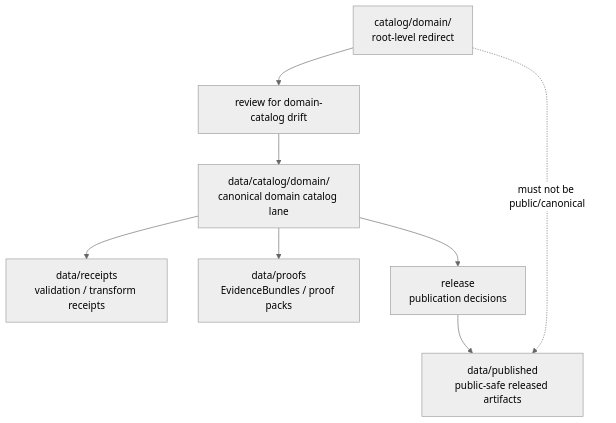
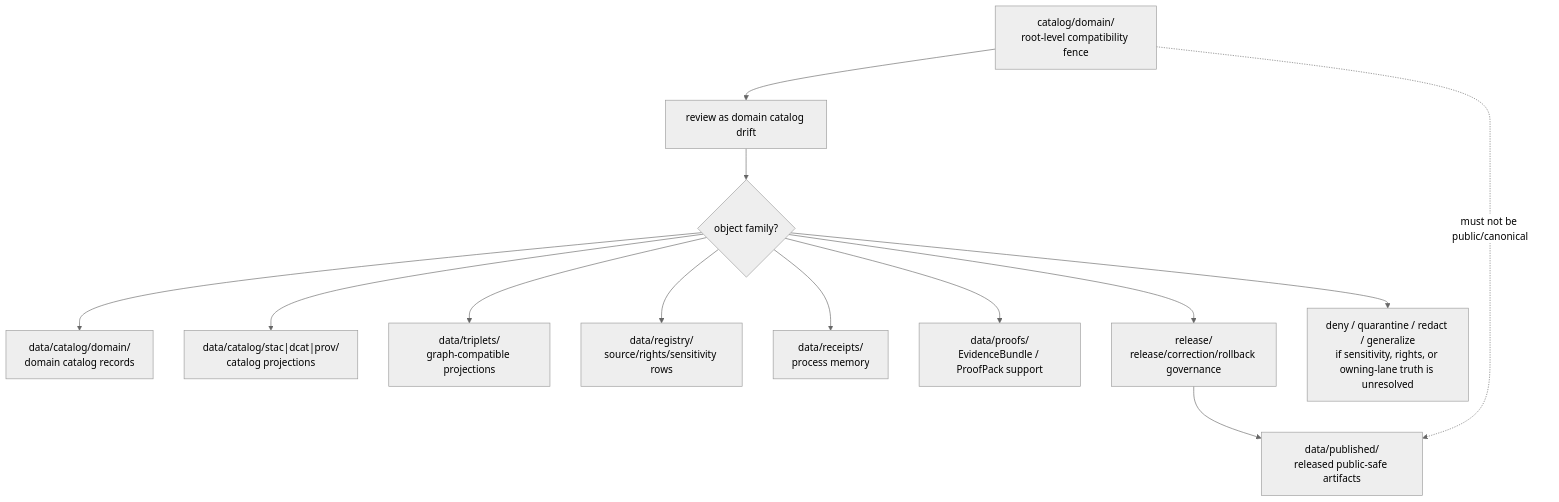
One commit to bartytime4life/Kansas-Frontier-Matrix changed the diagram in catalog/domain/README.md. Above: the diagram before and after it, drawn with Mermaid (neutral theme). The commit also changed other lines of this file, not shown here.

Commit message:
docs: update catalog domain redirect readme

````diff
--- a/catalog/domain/README.md
+++ b/catalog/domain/README.md
@@ -157,10 +353,15 @@
 ```mermaid
 flowchart TD
-    wrong["catalog/domain/\nroot-level redirect"] --> review["review for domain-catalog drift"]
-    review --> canonical["data/catalog/domain/\ncanonical domain catalog lane"]
-    canonical --> receipts["data/receipts\nvalidation / transform receipts"]
-    canonical --> proofs["data/proofs\nEvidenceBundles / proof packs"]
-    canonical --> release["release\npublication decisions"]
-    release --> published["data/published\npublic-safe released artifacts"]
+    wrong["catalog/domain/<br/>root-level compatibility fence"] --> review["review as domain catalog drift"]
+    review --> classify{"object family?"}
+    classify --> domain["data/catalog/domain/<br/>domain catalog records"]
+    classify --> stac["data/catalog/stac|dcat|prov/<br/>catalog projections"]
+    classify --> triplets["data/triplets/<br/>graph-compatible projections"]
+    classify --> registry["data/registry/<br/>source/rights/sensitivity rows"]
+    classify --> receipts["data/receipts/<br/>process memory"]
+    classify --> proofs["data/proofs/<br/>EvidenceBundle / ProofPack support"]
+    classify --> release["release/<br/>release/correction/rollback governance"]
+    release --> published["data/published/<br/>released public-safe artifacts"]
+    classify --> deny["deny / quarantine / redact / generalize<br/>if sensitivity, rights, or owning-lane truth is unresolved"]
     wrong -. "must not be public/canonical" .-> published
 ```
````
